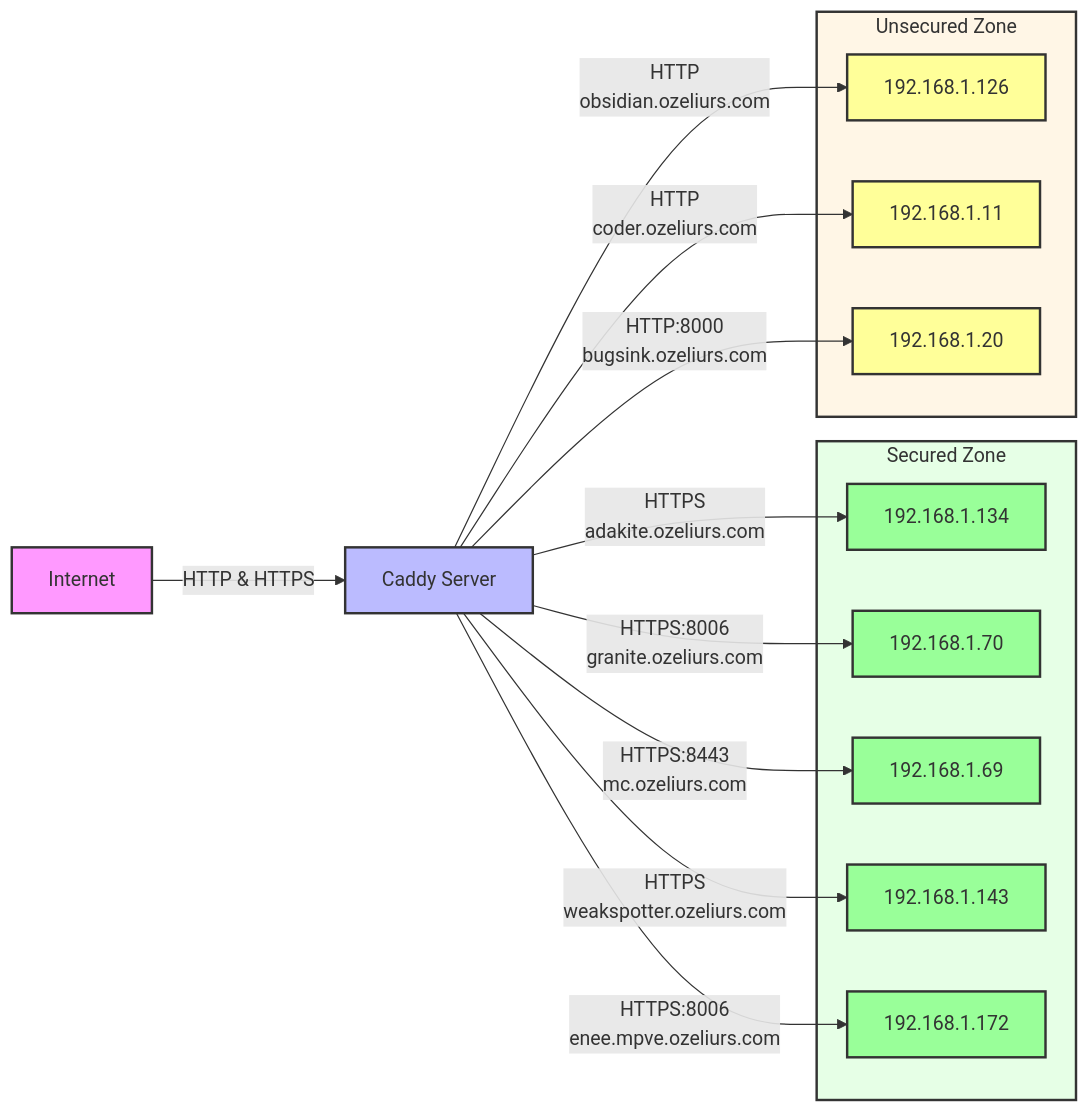
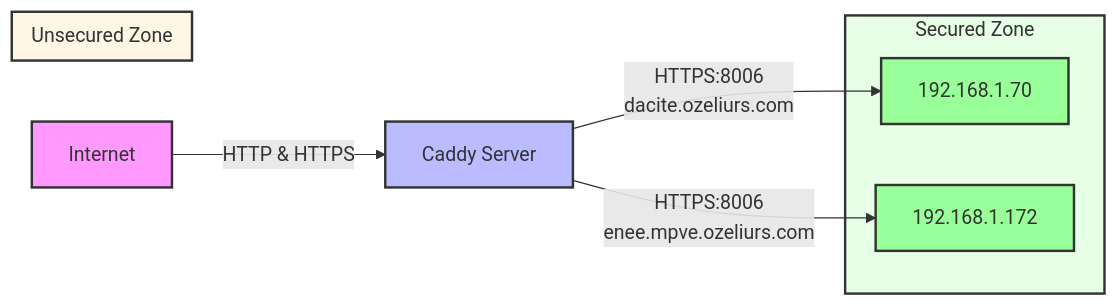
Before and after one commit to ozeliurs/dc-reverse-proxy-config: the diagram in README.md, drawn with Mermaid. The commit also changed 1 other file, not shown here.

Commit message:
Generate and update Caddyfile, Mermaid diagram, and Dockerfile

````diff
--- a/README.md
+++ b/README.md
@@ -34,54 +34,36 @@
 ```mermaid
 graph LR
     %% Style definitions
     classDef internet fill:#f9f,stroke:#333,stroke-width:2px;
     classDef proxy fill:#bbf,stroke:#333,stroke-width:2px;
     classDef backend fill:#bfb,stroke:#333,stroke-width:2px;
     classDef secure fill:#9f9,stroke:#333,stroke-width:2px;
     classDef unsecure fill:#ff9,stroke:#333,stroke-width:2px;
 
     %% Nodes
     I[Internet]
     C[Caddy Server]
 
     %% Apply styles
     class I internet
     class C proxy
 
     %% Base connections
     I -->|HTTP & HTTPS| C
 
     %% Backend groups
     subgraph Secured[Secured Zone]
         style Secured fill:#e6ffe6,stroke:#333,stroke-width:2px
-        S0[192.168.1.134]
+        S0[192.168.1.70]
         class S0 secure
-        S1[192.168.1.70]
+        S1[192.168.1.172]
         class S1 secure
-        S2[192.168.1.69]
-        class S2 secure
-        S3[192.168.1.143]
-        class S3 secure
-        S4[192.168.1.172]
-        class S4 secure
     end
 
     subgraph Unsecured[Unsecured Zone]
         style Unsecured fill:#fff6e6,stroke:#333,stroke-width:2px
-        U0[192.168.1.126]
-        class U0 unsecure
-        U1[192.168.1.11]
-        class U1 unsecure
-        U2[192.168.1.20]
-        class U2 unsecure
     end
 
-    C -->|HTTPS<br>adakite.ozeliurs.com| S0
-    C -->|HTTPS:8006<br>granite.ozeliurs.com| S1
-    C -->|HTTPS:8443<br>mc.ozeliurs.com| S2
-    C -->|HTTP<br>obsidian.ozeliurs.com| U0
-    C -->|HTTPS<br>weakspotter.ozeliurs.com| S3
-    C -->|HTTPS:8006<br>enee.mpve.ozeliurs.com| S4
-    C -->|HTTP<br>coder.ozeliurs.com| U1
-    C -->|HTTP:8000<br>bugsink.ozeliurs.com| U2
+    C -->|HTTPS:8006<br>dacite.ozeliurs.com| S0
+    C -->|HTTPS:8006<br>enee.mpve.ozeliurs.com| S1
 ```
````
